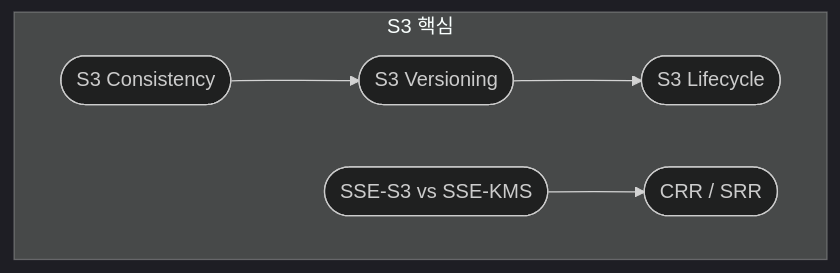
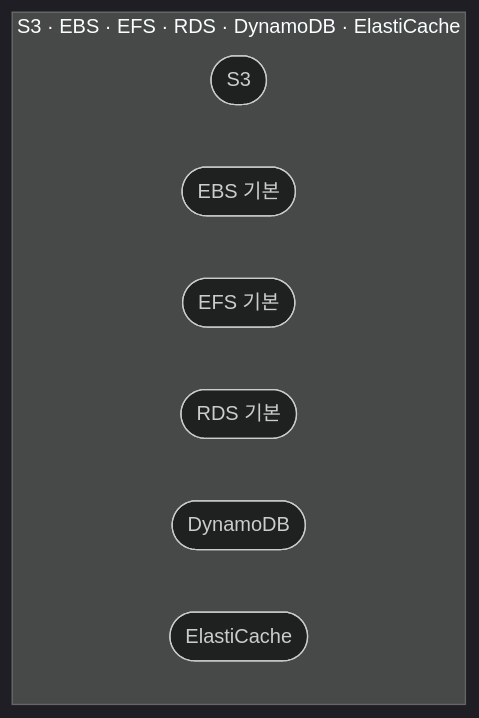
The third of 5 diagrams in public/handbook/aws-common/overview.md (gwonmin/QuizNox_front), drawn with Mermaid (dark theme) before and after one commit. The commit also changed other lines of this file and 125 other files, not shown here.

````diff
--- a/public/handbook/aws-common/overview.md
+++ b/public/handbook/aws-common/overview.md
@@ -44,12 +41,11 @@
 ```mermaid
 flowchart TB
-  subgraph s3 [S3 핵심]
-    CON([S3 Consistency])
-    VER([S3 Versioning])
-    LIF([S3 Lifecycle])
-    SSE([SSE-S3 vs SSE-KMS])
-    CR([CRR / SRR])
+  subgraph stor [S3 · EBS · EFS · RDS · DynamoDB · ElastiCache]
+    S3([S3])
+    EBS([EBS 기본])
+    EFS([EFS 기본])
+    RDS([RDS 기본])
+    DDB([DynamoDB])
+    EC([ElastiCache])
   end
-  CON --> VER --> LIF
-  SSE --> CR
 ```
````
